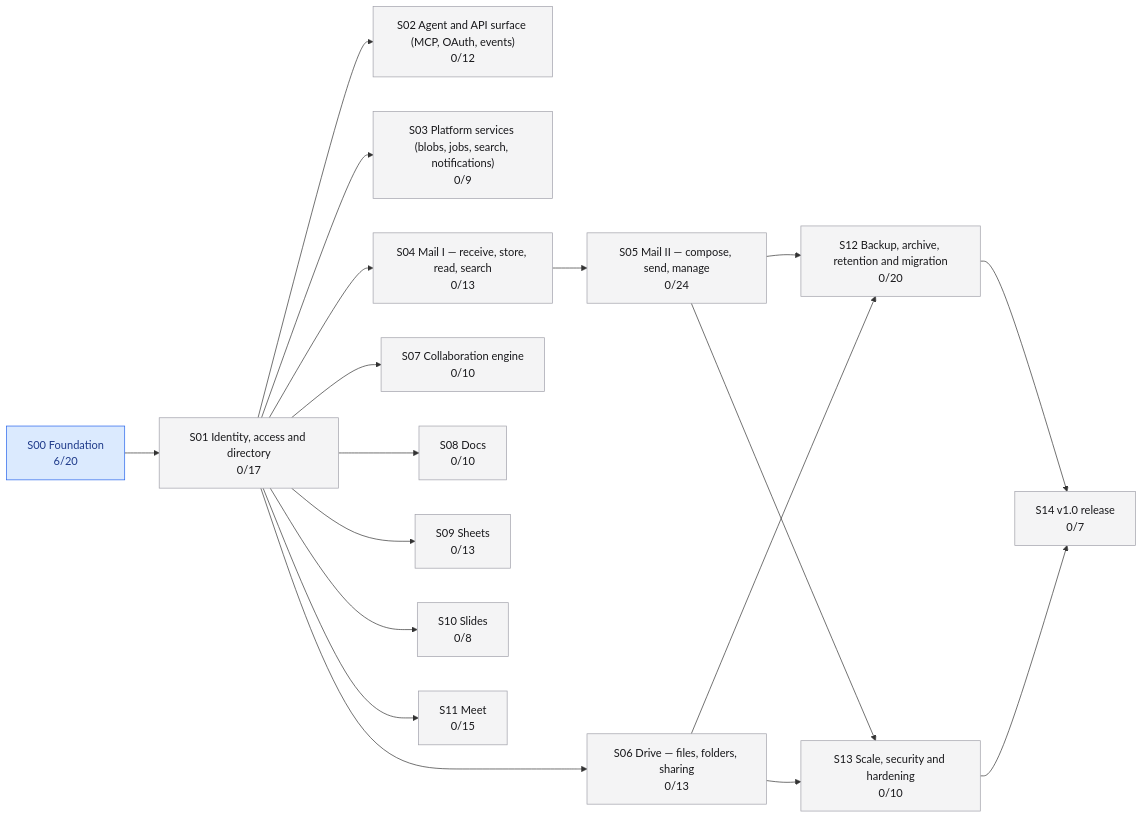
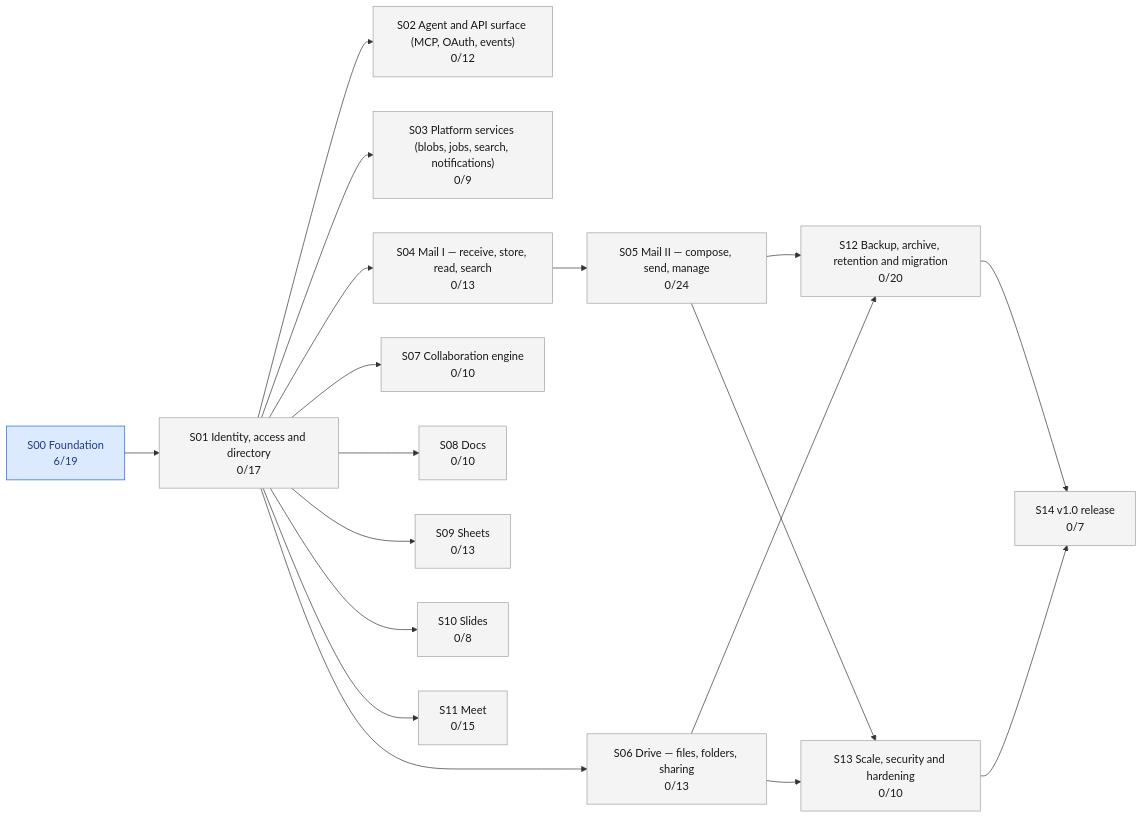
One commit to jaredwray/soldock changed the diagram in plan/STATUS.md. Above: the diagram before and after it, drawn with Mermaid. The commit also changed other lines of this file and 8 other files, not shown here.

````diff
--- a/plan/STATUS.md
+++ b/plan/STATUS.md
@@ -56,38 +56,38 @@
 ```mermaid
 graph LR
-  S00["S00 Foundation<br/>6/20"]:::active
+  S00["S00 Foundation<br/>6/19"]:::active
   S01["S01 Identity, access and directory<br/>0/17"]:::planned
   S02["S02 Agent and API surface (MCP, OAuth, events)<br/>0/12"]:::planned
   S03["S03 Platform services (blobs, jobs, search, notifications)<br/>0/9"]:::planned
   S04["S04 Mail I — receive, store, read, search<br/>0/13"]:::planned
   S05["S05 Mail II — compose, send, manage<br/>0/24"]:::planned
   S06["S06 Drive — files, folders, sharing<br/>0/13"]:::planned
   S07["S07 Collaboration engine<br/>0/10"]:::planned
   S08["S08 Docs<br/>0/10"]:::planned
   S09["S09 Sheets<br/>0/13"]:::planned
   S10["S10 Slides<br/>0/8"]:::planned
   S11["S11 Meet<br/>0/15"]:::planned
   S12["S12 Backup, archive, retention and migration<br/>0/20"]:::planned
   S13["S13 Scale, security and hardening<br/>0/10"]:::planned
   S14["S14 v1.0 release<br/>0/7"]:::planned
   S00 --> S01
   S01 --> S02
   S01 --> S03
   S01 --> S04
   S04 --> S05
   S01 --> S06
   S01 --> S07
   S01 --> S08
   S01 --> S09
   S01 --> S10
   S01 --> S11
   S05 --> S12
   S06 --> S12
   S05 --> S13
   S06 --> S13
   S12 --> S14
   S13 --> S14
   classDef planned fill:#f4f4f5,stroke:#a1a1aa,color:#18181b
   classDef active fill:#dbeafe,stroke:#2563eb,color:#1e3a8a
   classDef done fill:#dcfce7,stroke:#16a34a,color:#14532d
 ```
````
